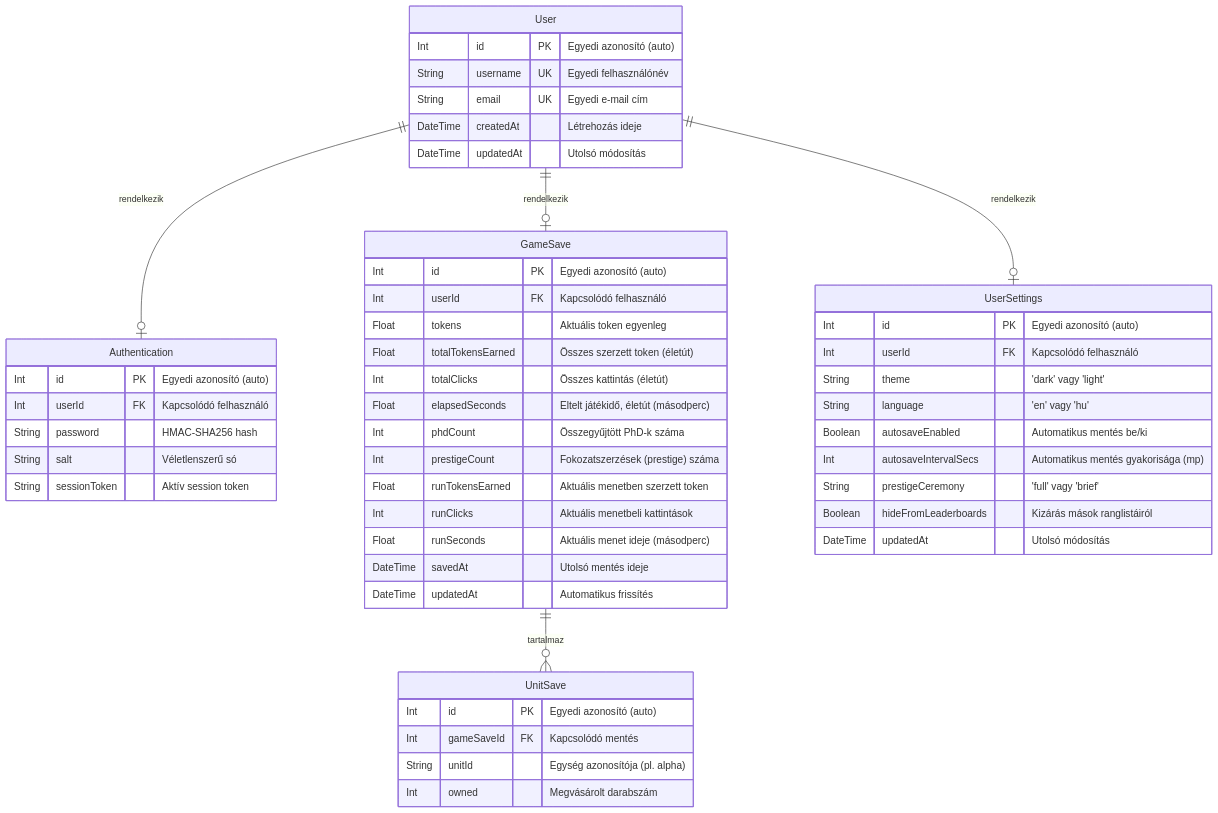
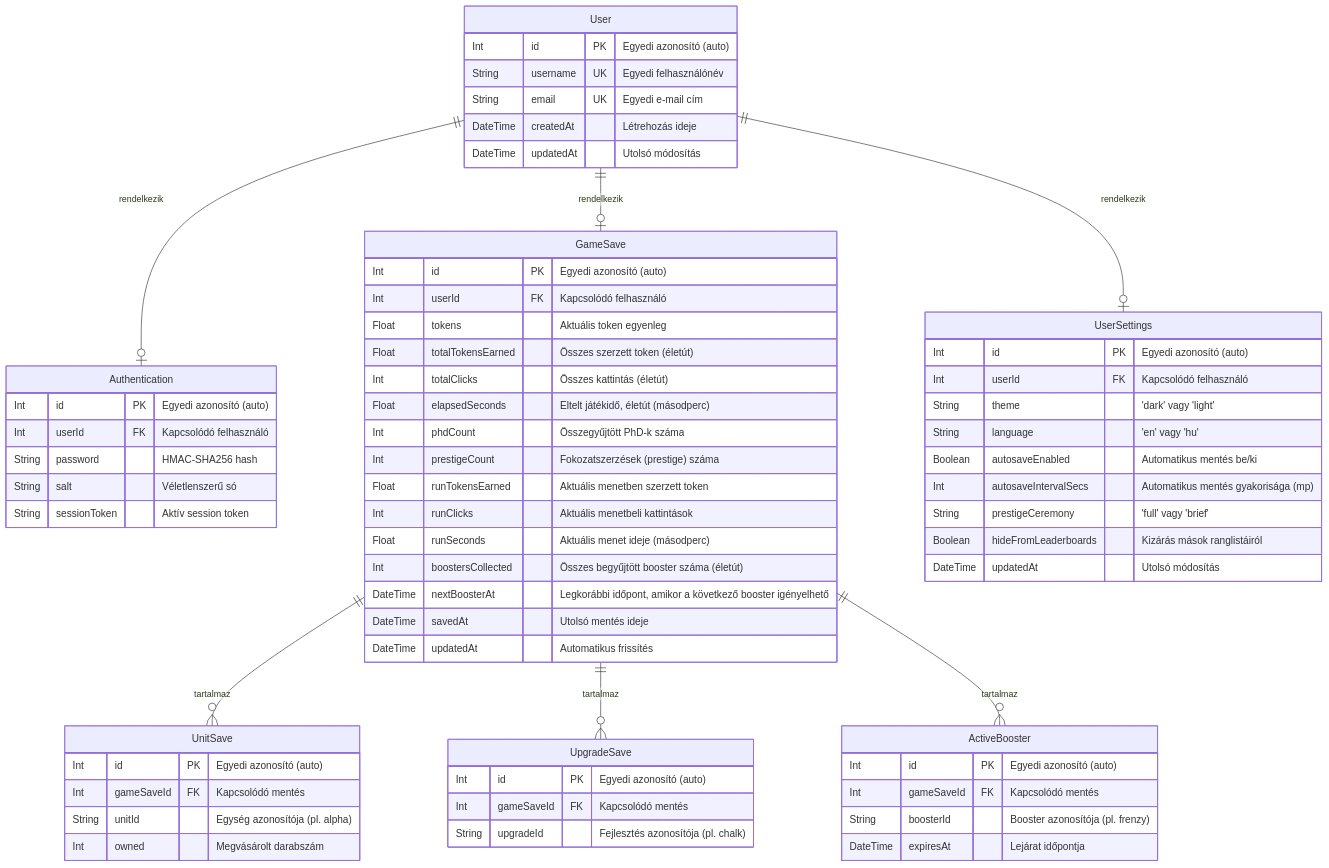
Before and after one commit to Kszg/zuti-clicker: the diagram in docs/uml/uml-adatbazis.md, drawn with Mermaid. The commit also changed other lines of this file and 2 other files, not shown here.

Commit message:
document upgrades/boosters (developer, user, ER diagram docs)
- docs/developer/final.md: POST /boosters/claim in the endpoint table, the
  upgrades field on PUT/GET /save, useBoosters() in the state-management
  tree, "add an upgrade"/"add a booster" recipes next to the existing
  "add a unit" one, a balance-constants pointer, and a full "Booster
  anti-cheat modell" section explaining why PUT /save refuses booster state
  and what the documented, bounded limitation is (conferenceBadge/
  departmentNewsletter read from client-persisted UpgradeSave rows).
- docs/user/final.md: the Units/Upgrades tab switch, a full Fejlesztések
  section (the five upgrade families), a Boosterek section under the
  Kattintó heading (how a pickup appears, what each booster type does,
  guest vs. logged-in persistence), the CPS readout, and updates the
  prestige-reset paragraph to include upgrades (and note that active
  boosters survive it).
- docs/uml/uml-adatbazis.md: UpgradeSave and ActiveBooster in the ER diagram
  and table descriptions, GameSave's two new columns, and the two new
  relationship rows.

Claude-Session: https://claude.ai/code/session_01K4N21ny3BPfZHVJj4rjMyE

````diff
--- a/docs/uml/uml-adatbazis.md
+++ b/docs/uml/uml-adatbazis.md
@@ -3,58 +3,75 @@
 ```mermaid
 erDiagram
     User {
         Int     id          PK  "Egyedi azonosító (auto)"
         String  username    UK  "Egyedi felhasználónév"
         String  email       UK  "Egyedi e-mail cím"
         DateTime createdAt      "Létrehozás ideje"
         DateTime updatedAt      "Utolsó módosítás"
     }
 
     Authentication {
         Int     id           PK "Egyedi azonosító (auto)"
         Int     userId       FK "Kapcsolódó felhasználó"
         String  password         "HMAC-SHA256 hash"
         String  salt             "Véletlenszerű só"
         String  sessionToken     "Aktív session token"
     }
 
     GameSave {
         Int     id                PK "Egyedi azonosító (auto)"
         Int     userId            FK "Kapcsolódó felhasználó"
         Float   tokens               "Aktuális token egyenleg"
         Float   totalTokensEarned    "Összes szerzett token (életút)"
         Int     totalClicks          "Összes kattintás (életút)"
         Float   elapsedSeconds       "Eltelt játékidő, életút (másodperc)"
         Int     phdCount             "Összegyűjtött PhD-k száma"
         Int     prestigeCount        "Fokozatszerzések (prestige) száma"
         Float   runTokensEarned      "Aktuális menetben szerzett token"
         Int     runClicks            "Aktuális menetbeli kattintások"
         Float   runSeconds           "Aktuális menet ideje (másodperc)"
+        Int     boostersCollected    "Összes begyűjtött booster száma (életút)"
+        DateTime nextBoosterAt       "Legkorábbi időpont, amikor a következő booster igényelhető"
         DateTime savedAt             "Utolsó mentés ideje"
         DateTime updatedAt           "Automatikus frissítés"
     }
 
     UnitSave {
         Int     id          PK  "Egyedi azonosító (auto)"
         Int     gameSaveId  FK  "Kapcsolódó mentés"
         String  unitId          "Egység azonosítója (pl. alpha)"
         Int     owned           "Megvásárolt darabszám"
+    }
+
+    UpgradeSave {
+        Int     id          PK  "Egyedi azonosító (auto)"
+        Int     gameSaveId  FK  "Kapcsolódó mentés"
+        String  upgradeId       "Fejlesztés azonosítója (pl. chalk)"
+    }
+
+    ActiveBooster {
+        Int      id          PK  "Egyedi azonosító (auto)"
+        Int      gameSaveId  FK  "Kapcsolódó mentés"
+        String   boosterId       "Booster azonosítója (pl. frenzy)"
+        DateTime expiresAt       "Lejárat időpontja"
     }
 
     UserSettings {
         Int      id                   PK "Egyedi azonosító (auto)"
         Int      userId               FK "Kapcsolódó felhasználó"
         String   theme                   "'dark' vagy 'light'"
         String   language                "'en' vagy 'hu'"
         Boolean  autosaveEnabled         "Automatikus mentés be/ki"
         Int      autosaveIntervalSecs    "Automatikus mentés gyakorisága (mp)"
         String   prestigeCeremony        "'full' vagy 'brief'"
         Boolean  hideFromLeaderboards    "Kizárás mások ranglistáiról"
         DateTime updatedAt               "Utolsó módosítás"
     }
 
-    User ||--o| Authentication : "rendelkezik"
-    User ||--o| GameSave       : "rendelkezik"
-    User ||--o| UserSettings   : "rendelkezik"
-    GameSave ||--o{ UnitSave   : "tartalmaz"
+    User ||--o| Authentication  : "rendelkezik"
+    User ||--o| GameSave        : "rendelkezik"
+    User ||--o| UserSettings    : "rendelkezik"
+    GameSave ||--o{ UnitSave    : "tartalmaz"
+    GameSave ||--o{ UpgradeSave : "tartalmaz"
+    GameSave ||--o{ ActiveBooster : "tartalmaz"
 ```
````
